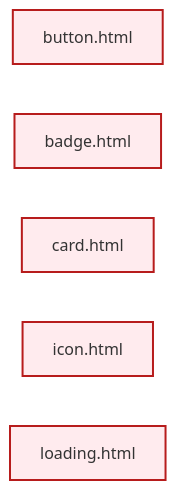
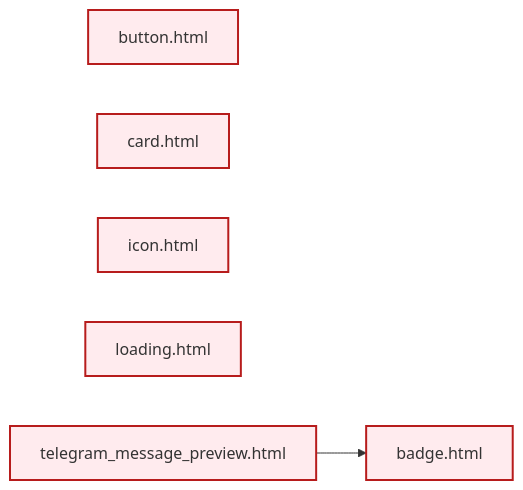
One commit to lucadileo9/Formazing changed the sixth of 6 diagrams in docs/templates/dependency_graph.md. Above: the diagram before and after it, drawn with Mermaid. The commit also changed other lines of this file and 4 other files, not shown here.

````diff
--- a/docs/templates/dependency_graph.md
+++ b/docs/templates/dependency_graph.md
@@ -168,10 +205,13 @@
 ```mermaid
 graph LR
     BTN[button.html]:::atom
     BDG[badge.html]:::atom
     CRD[card.html]:::atom
     ICN[icon.html]:::atom
     LD[loading.html]:::atom
+    TMP[telegram_message_preview.html]:::atom
+    
+    TMP --> BDG
     
     classDef atom fill:#ffebee,stroke:#b71c1c,stroke-width:2px
 ```
````
